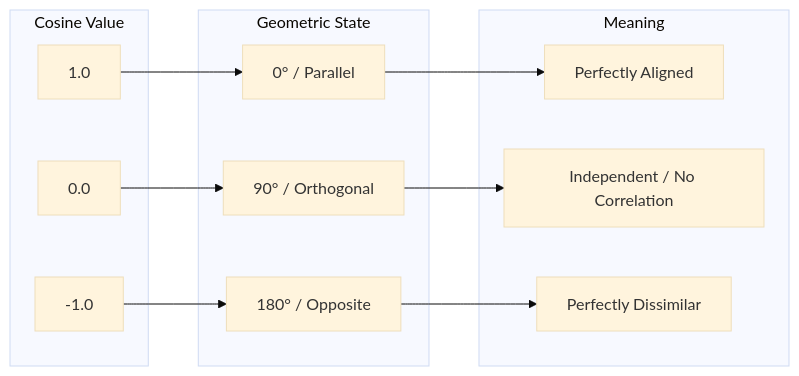
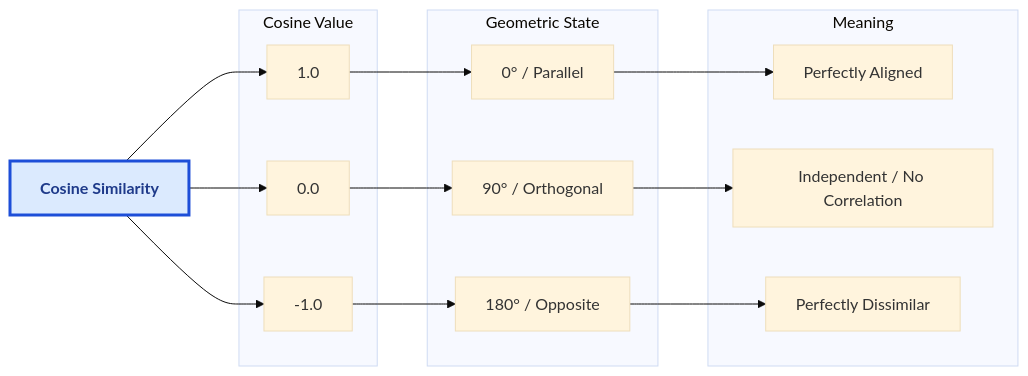
Before and after one commit to ilwon-seo/terms: the first of 3 diagrams in C/Cosine similarity.md, drawn with Mermaid (base theme). The commit also changed other lines of this file and 18 other files, not shown here.

Commit message:
Standardize current-term Mermaid styling

````diff
--- a/C/Cosine similarity.md
+++ b/C/Cosine similarity.md
@@ -51,24 +51,31 @@
 ```mermaid
 flowchart LR
+    CosSim["Cosine Similarity"]
+
     subgraph Value [Cosine Value]
         V1[1.0]
         V2[0.0]
         V3[-1.0]
     end
 
     subgraph Geometry [Geometric State]
         G1[0&deg; / Parallel]
         G2[90&deg; / Orthogonal]
         G3[180&deg; / Opposite]
     end
 
     subgraph Meaning [Meaning]
         M1[Perfectly Aligned]
         M2[Independent / No Correlation]
         M3[Perfectly Dissimilar]
     end
 
     V1 --> G1 --> M1
     V2 --> G2 --> M2
     V3 --> G3 --> M3
+    CosSim --> V1
+    CosSim --> V2
+    CosSim --> V3
+    classDef currentTerm fill:#dbeafe,stroke:#1d4ed8,stroke-width:3px,color:#1e3a8a,font-weight:bold
+    class CosSim currentTerm
 ```
````
